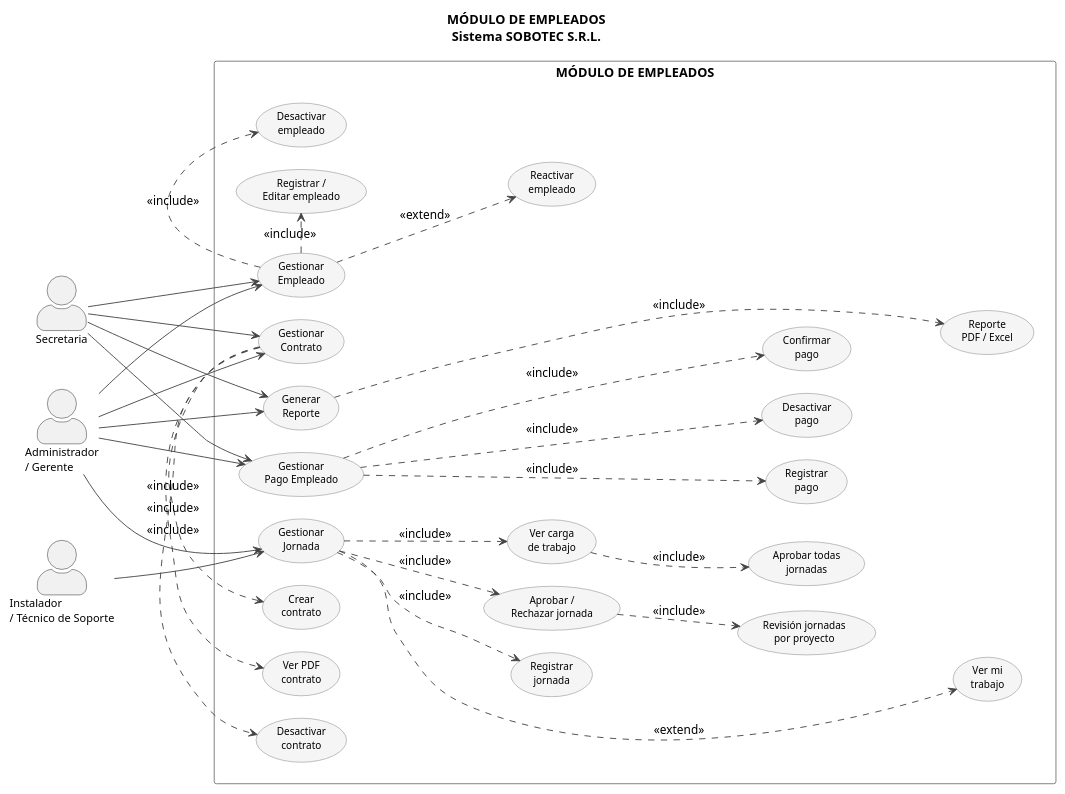
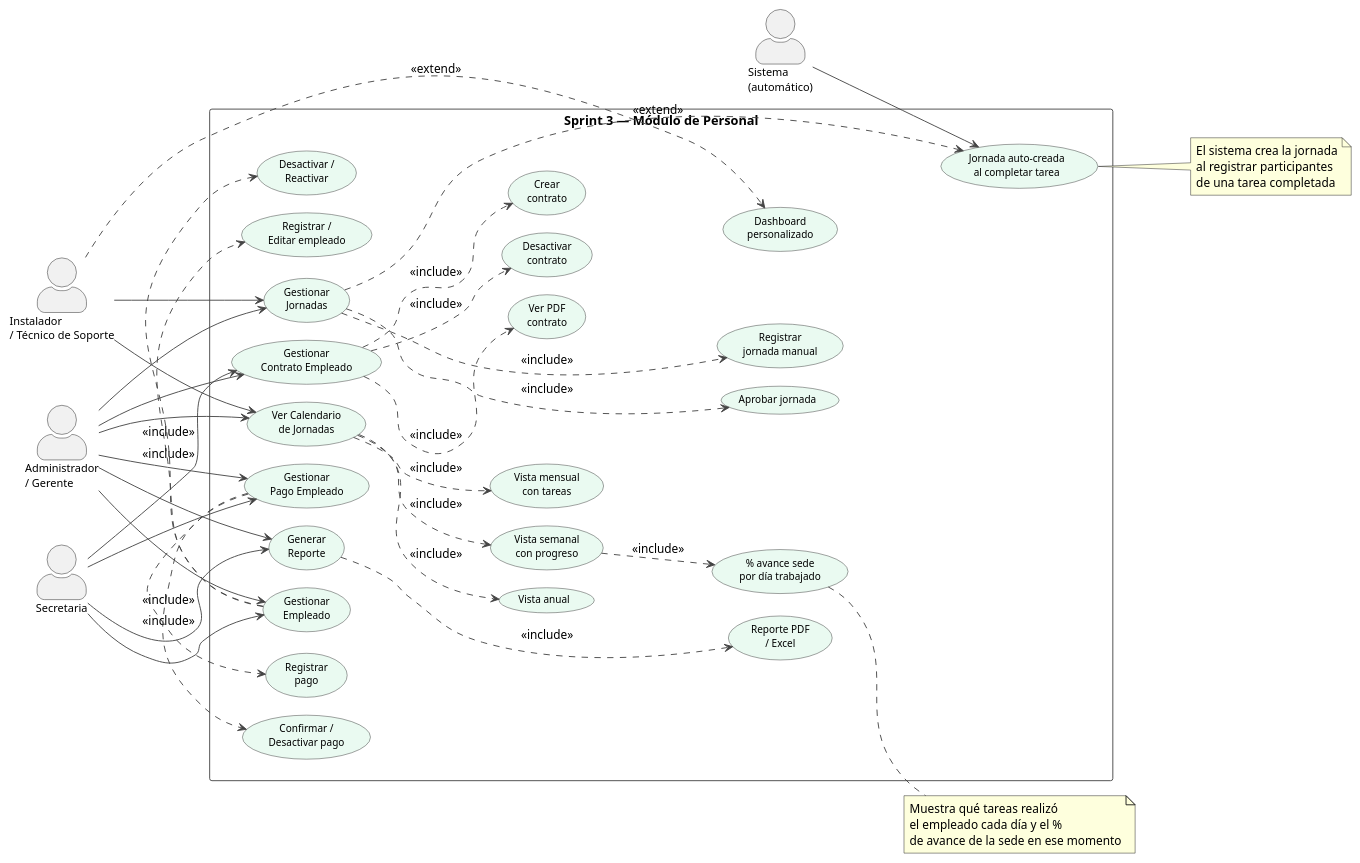
The diagram in uc_modulo_empleados.puml (AmandaChoque/MVCProjets), drawn with PlantUML before and after one commit. The commit also changed 88 other files, not shown here.

```diff
--- a/uc_modulo_empleados.puml
+++ b/uc_modulo_empleados.puml
@@ -1,118 +1,137 @@
 @startuml uc_modulo_empleados
-title MÓDULO DE EMPLEADOS\nSistema SOBOTEC S.R.L.
 
 left to right direction
 
 skinparam actorStyle awesome
 skinparam packageStyle rectangle
 skinparam backgroundColor #FFFFFF
-skinparam usecaseBackgroundColor #F5F5F5
-skinparam usecaseBorderColor #777777
+skinparam usecaseBackgroundColor #EAFAF1
+skinparam usecaseBorderColor #333
 skinparam usecaseFontSize 11
 skinparam actorFontSize 12
-skinparam packageBorderColor #777777
+skinparam packageBorderColor #444
 skinparam packageBackgroundColor #FFFFFF
 skinparam packageFontStyle bold
 skinparam arrowColor #444444
-skinparam nodesep 25
-skinparam ranksep 70
+skinparam nodesep 20
+skinparam ranksep 60
 
 ' ── ACTORES ──────────────────────────────────────
 actor "Administrador\n/ Gerente"         as ADM
 actor "Secretaria"                       as SEC
 actor "Instalador\n/ Técnico de Soporte" as CAMPO
+actor "Sistema\n(automático)"            as SIS
 
-rectangle "MÓDULO DE EMPLEADOS" {
+rectangle "Sprint 3 — Módulo de Personal" {
 
-    ' ── COLUMNA 1: UCs principales ────────────────
-    together {
-        usecase "Gestionar\nEmpleado"       as UC1
-        usecase "Gestionar\nContrato"       as UC2
-        usecase "Gestionar\nJornada"        as UC3
-        usecase "Gestionar\nPago Empleado"  as UC4
-        usecase "Generar\nReporte"          as UC5
-    }
+  ' ── COLUMNA 1: UCs principales (mismo rango) ──
+  together {
+    usecase "Gestionar\nEmpleado"          as UC1
+    usecase "Gestionar\nContrato Empleado" as UC2
+    usecase "Gestionar\nJornadas"          as UC3
+    usecase "Gestionar\nPago Empleado"     as UC4
+    usecase "Ver Calendario\nde Jornadas"  as UC5
+    usecase "Generar\nReporte"             as UC6
+  }
 
-    ' ── COLUMNA 2: sub-casos agrupados por padre ──
-    together {
-        usecase "Registrar /\nEditar empleado" as S1
-        usecase "Desactivar\nempleado"         as S2
-    }
-    together {
-        usecase "Crear\ncontrato"              as S3
-        usecase "Ver PDF\ncontrato"            as S4
-        usecase "Desactivar\ncontrato"         as S5
-    }
-    together {
-        usecase "Registrar\njornada"           as S6
-        usecase "Aprobar /\nRechazar jornada"  as S7
-        usecase "Ver carga\nde trabajo"        as S15
-    }
-    together {
-        usecase "Registrar\npago"              as S8
-        usecase "Confirmar\npago"              as S9
-        usecase "Desactivar\npago"             as S10
-    }
-    together {
-        usecase "Reporte\nPDF / Excel"         as S11
-    }
+  ' ── COLUMNA 2: sub-casos, un grupo por UC ─────
+  together {
+    usecase "Registrar /\nEditar empleado" as S1
+    usecase "Desactivar /\nReactivar"      as S2
+  }
+  together {
+    usecase "Crear\ncontrato"      as S3
+    usecase "Ver PDF\ncontrato"    as S4
+    usecase "Desactivar\ncontrato" as S5
+  }
+  together {
+    usecase "Registrar\njornada manual"    as S6
+    usecase "Aprobar jornada"  as S7
+  
+  }
+  together {
+    usecase "Registrar\npago"              as S10
+    usecase "Confirmar /\nDesactivar pago" as S11
+  }
+  together {
+    usecase "Vista mensual\ncon tareas"   as S12
+    usecase "Vista semanal\ncon progreso" as S13
+    usecase "Vista anual"                 as S14
+  }
+  together {
+    usecase "Reporte PDF\n/ Excel" as S15
+  }
 
-    ' flechas ocultas para ordenar columna 2 verticalmente
-    S2  -[hidden]-> S3
-    S5  -[hidden]-> S6
-    S15 -[hidden]-> S8
-    S10 -[hidden]-> S11
+  ' flechas ocultas: mantienen el orden vertical entre grupos
+  S2  -[hidden]-> S3
+  S5  -[hidden]-> S6
+  S11 -[hidden]-> S12
+  S14 -[hidden]-> S15
 
-    ' ── COLUMNA 3: sub-sub-casos ──────────────────
-    usecase "Reactivar\nempleado"              as S14
-    usecase "Revisión jornadas\npor proyecto"  as S12
-    usecase "Aprobar todas\njornadas"          as S16
-    usecase "Ver mi\ntrabajo"                  as S13
+  ' ── COLUMNA 3: sub-sub-casos automáticos ──────
+  usecase "Jornada auto-creada\nal completar tarea" as S16
+  usecase "Dashboard\npersonalizado"                as S17
+  usecase "% avance sede\npor día trabajado"        as S18
 
-    ' flechas ocultas que empujan a columna 3
-    S2  -[hidden]-> S14
-    S7  -[hidden]-> S12
-    S15 -[hidden]-> S16
-    S16 -[hidden]-> S13
+  S6  -[hidden]-> S16
+  S12 -[hidden]-> S17
+  S13 -[hidden]-> S18
 }
 
-' ── ASOCIACIONES ACTORES → columna 1 ─────────────
+' ── ACTORES → columna 1 ──────────────────────────
 ADM   --> UC1
 ADM   --> UC2
 ADM   --> UC3
 ADM   --> UC4
 ADM   --> UC5
+ADM   --> UC6
 
 SEC   --> UC1
 SEC   --> UC2
 SEC   --> UC4
-SEC   --> UC5
+SEC   --> UC6
 
 CAMPO --> UC3
+CAMPO --> UC5
+
+SIS   --> S16
 
 ' ── INCLUDE columna 1 → columna 2 ────────────────
 UC1 .> S1  : <<include>>
 UC1 .> S2  : <<include>>
 
 UC2 .> S3  : <<include>>
 UC2 .> S4  : <<include>>
 UC2 .> S5  : <<include>>
 
 UC3 .> S6  : <<include>>
 UC3 .> S7  : <<include>>
-UC3 .> S15 : <<include>>
 
-UC4 .> S8  : <<include>>
-UC4 .> S9  : <<include>>
+
 UC4 .> S10 : <<include>>
+UC4 .> S11 : <<include>>
 
-UC5 .> S11 : <<include>>
+UC5 .> S12 : <<include>>
+UC5 .> S13 : <<include>>
+UC5 .> S14 : <<include>>
 
-' ── INCLUDE / EXTEND columna 2 → columna 3 ───────
-UC1 .> S14 : <<extend>>
+UC6 .> S15 : <<include>>
 
-S7  .> S12 : <<include>>
-S15 .> S16 : <<include>>
-UC3 .> S13 : <<extend>>
+' ── EXTEND / automáticos ──────────────────────────
+UC3   .> S16 : <<extend>>
+CAMPO .> S17 : <<extend>>
+S13   .> S18 : <<include>>
+
+note right of S16
+  El sistema crea la jornada
+  al registrar participantes
+  de una tarea completada
+end note
+
+note right of S18
+  Muestra qué tareas realizó
+  el empleado cada día y el %
+  de avance de la sede en ese momento
+end note
 
 @enduml
```
